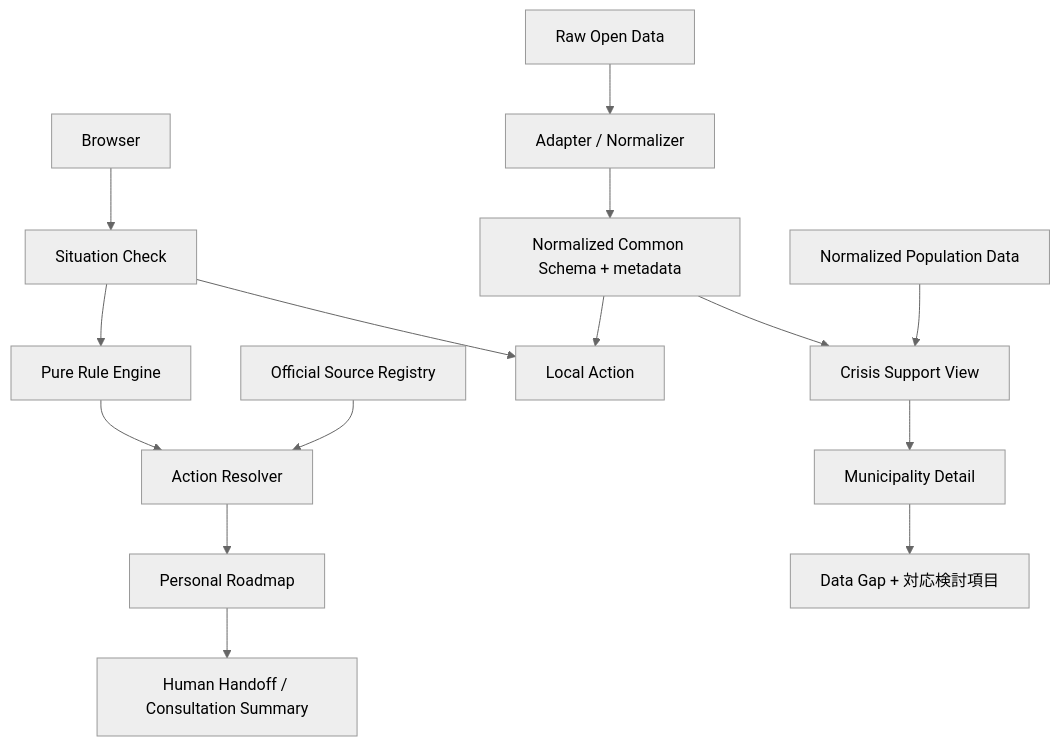
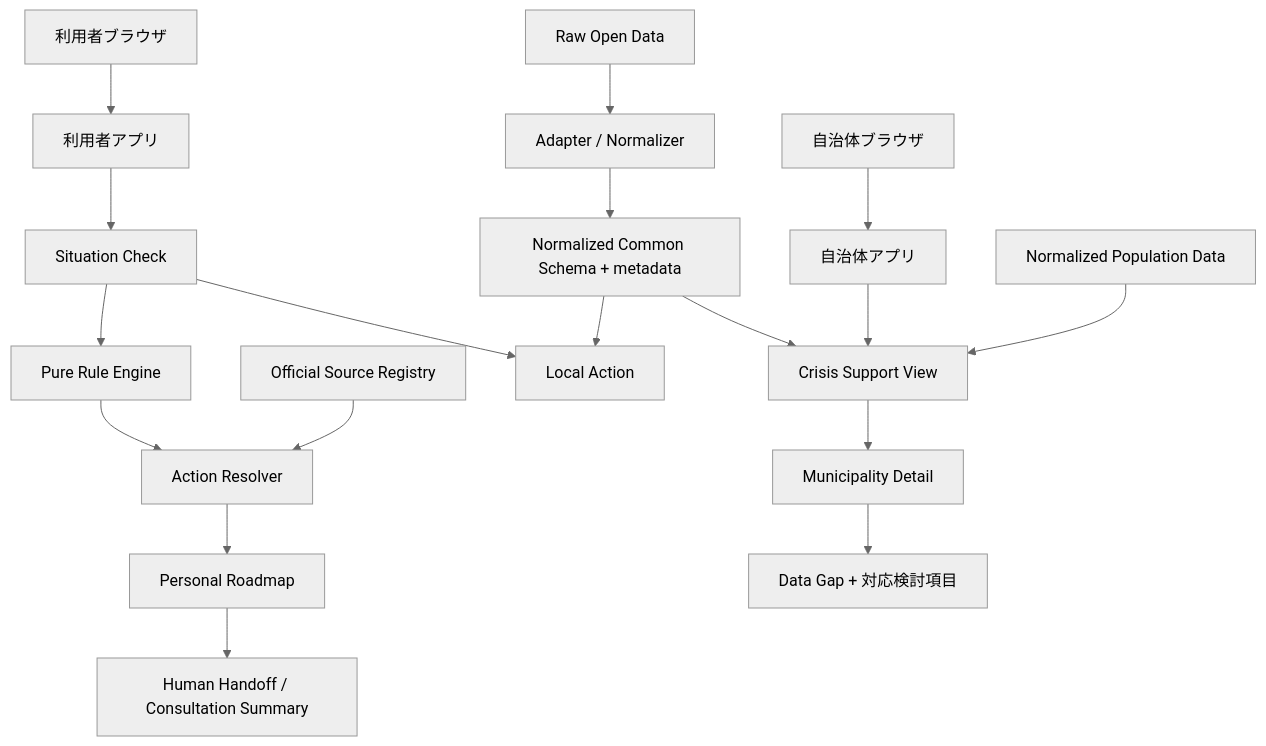
Before and after one commit to kuraryu405/tokyo-opendata: the diagram in docs/architecture.md, drawn with Mermaid (neutral theme). The commit also changed other lines of this file and 76 other files, not shown here.

````diff
--- a/docs/architecture.md
+++ b/docs/architecture.md
@@ -3,17 +3,20 @@
 ```mermaid
 flowchart TD
-  B[Browser] --> S[Situation Check]
+  UB[利用者ブラウザ] --> UA[利用者アプリ]
+  UA --> S[Situation Check]
   S --> R[Pure Rule Engine]
   R --> A[Action Resolver]
   O[Official Source Registry] --> A
   D[Raw Open Data] --> N[Adapter / Normalizer]
   N --> C[Normalized Common Schema + metadata]
   C --> L[Local Action]
   A --> P[Personal Roadmap]
   P --> H[Human Handoff / Consultation Summary]
   S --> L
-  C --> CV[Crisis Support View]
+  MB[自治体ブラウザ] --> MA[自治体アプリ]
+  MA --> CV[Crisis Support View]
+  C --> CV
   POP[Normalized Population Data] --> CV
   CV --> M[Municipality Detail]
   M --> G[Data Gap + 対応検討項目]
 ```
````
